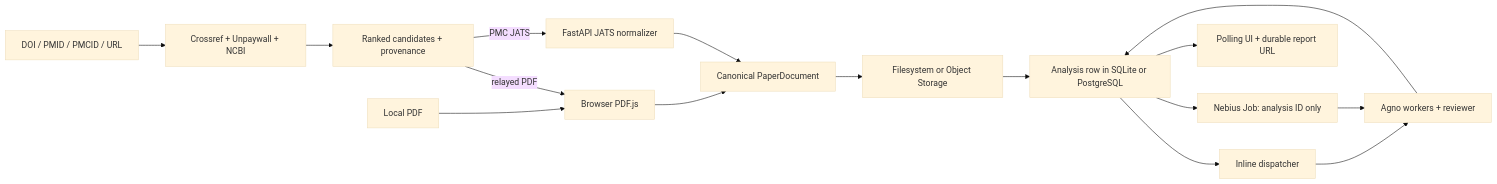
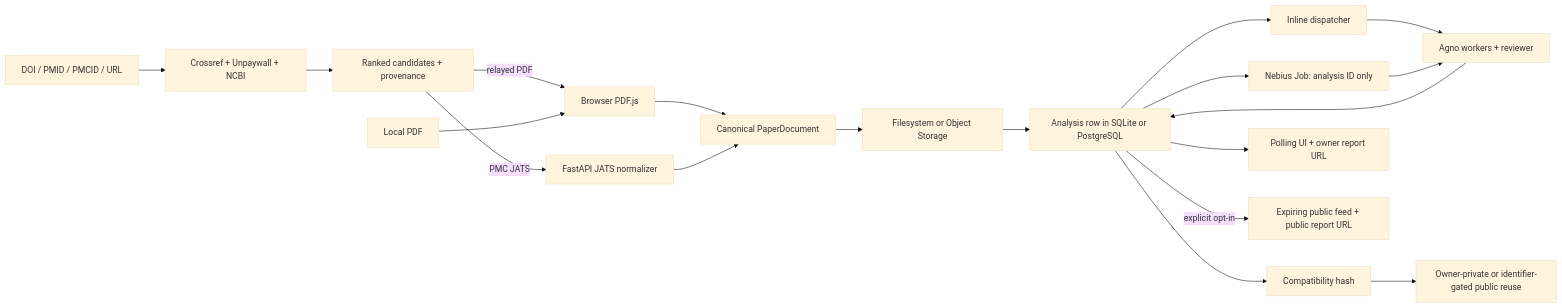
The diagram in docs/architecture.md (zakhar-kogan/sloppy-paper-checker), drawn with Mermaid (base theme) before and after one commit. The commit also changed other lines of this file and 29 other files, not shown here.

Commit message:
feat: ship public beta report lifecycle

````diff
--- a/docs/architecture.md
+++ b/docs/architecture.md
@@ -3,18 +3,21 @@
 ```mermaid
 flowchart LR
   U["DOI / PMID / PMCID / URL"] --> R["Crossref + Unpaywall + NCBI"]
   R --> C["Ranked candidates + provenance"]
   C -->|"relayed PDF"| P["Browser PDF.js"]
   L["Local PDF"] --> P
   C -->|"PMC JATS"| J["FastAPI JATS normalizer"]
   P --> D["Canonical PaperDocument"]
   J --> D
   D --> O["Filesystem or Object Storage"]
   O --> A["Analysis row in SQLite or PostgreSQL"]
   A --> I["Inline dispatcher"]
   A --> N["Nebius Job: analysis ID only"]
   I --> G["Agno workers + reviewer"]
   N --> G
   G --> A
-  A --> W["Polling UI + durable report URL"]
+  A --> H["Compatibility hash"]
+  H --> Q["Owner-private or identifier-gated public reuse"]
+  A --> W["Polling UI + owner report URL"]
+  A -->|"explicit opt-in"| F["Expiring public feed + public report URL"]
 ```
````
